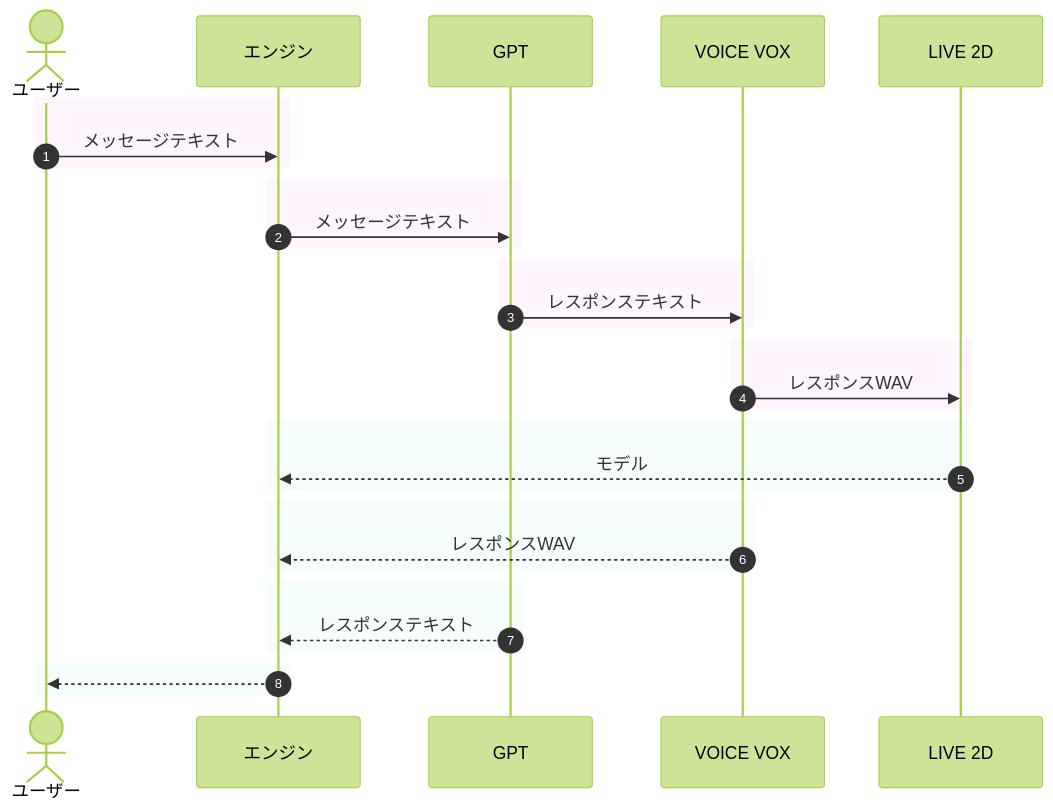
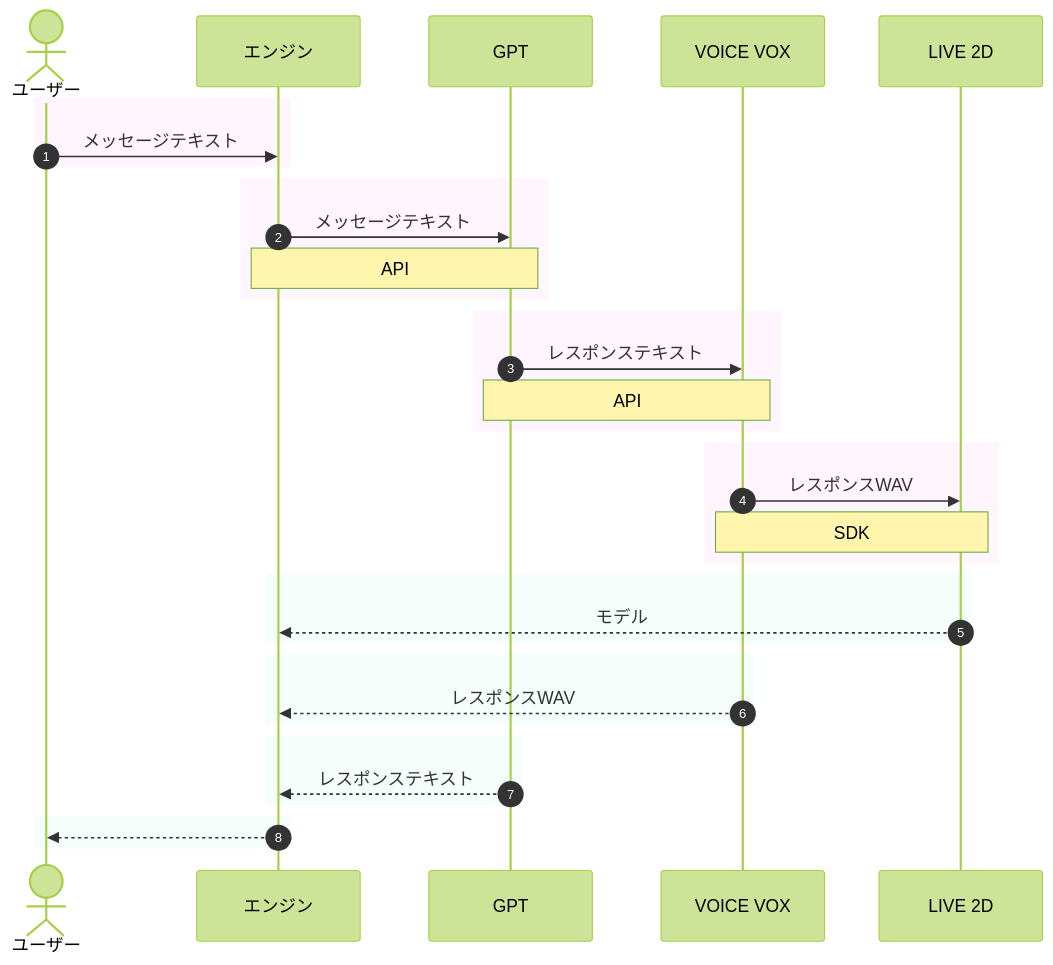
Before and after one commit to samurai-7xy/ailover: the diagram in README.md, drawn with Mermaid (forest theme). The commit also changed 1 other file, not shown here.

````diff
--- a/README.md
+++ b/README.md
@@ -9,39 +9,42 @@
 ```mermaid
 sequenceDiagram
     autonumber
     actor a as ユーザー
     participant enzin as エンジン
     participant output as GPT
     participant audio as VOICE VOX
     participant live as LIVE 2D
 
     rect rgba(253, 231, 253, 0.4)
     a ->> enzin: メッセージテキスト
     end
     rect rgba(253, 231, 253, 0.4)
     enzin ->> output: メッセージテキスト
+    Note over enzin,output : API
     end
     rect rgba(253, 231, 253, 0.4)
     output ->> audio: レスポンステキスト
+    Note over output,audio : API
     end
     rect rgba(253, 231, 253, 0.4)
     audio ->> live: レスポンスWAV
+    Note over audio,live : SDK
     end
     rect rgba(231, 253, 242, 0.4)
     live -->> enzin: モデル
     end
     rect rgba(231, 253, 242, 0.4)
     audio -->> enzin: レスポンスWAV
     end
     rect rgba(231, 253, 242, 0.4)
     output -->> enzin: レスポンステキスト
     end
     rect rgba(231, 253, 242, 0.4)
     enzin -->> a: 
     end
 
     ##253, 231, 253, 0.4 ピンク系
     ##231, 253, 242, 0.4 緑系
     
 
 ```
````
